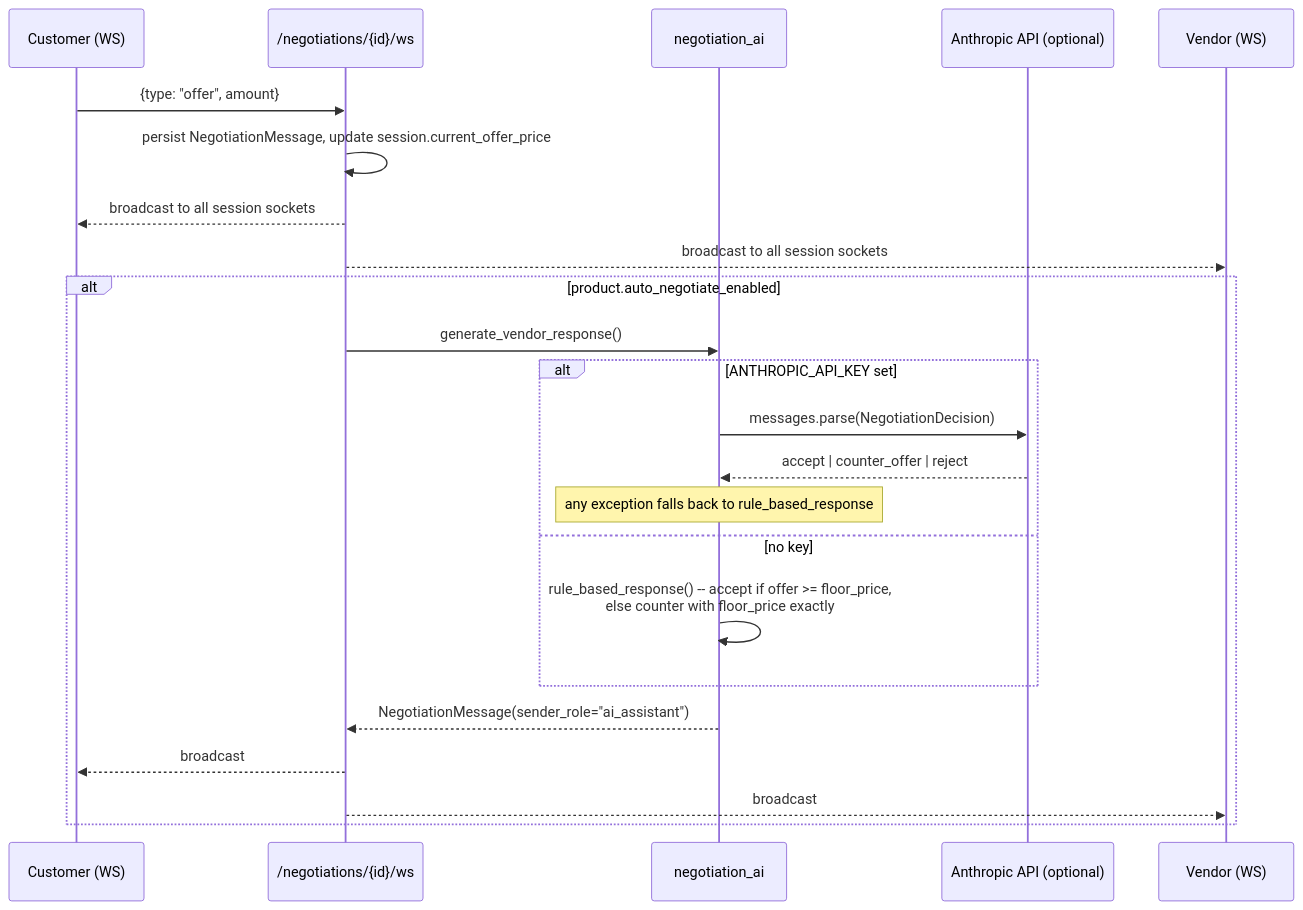
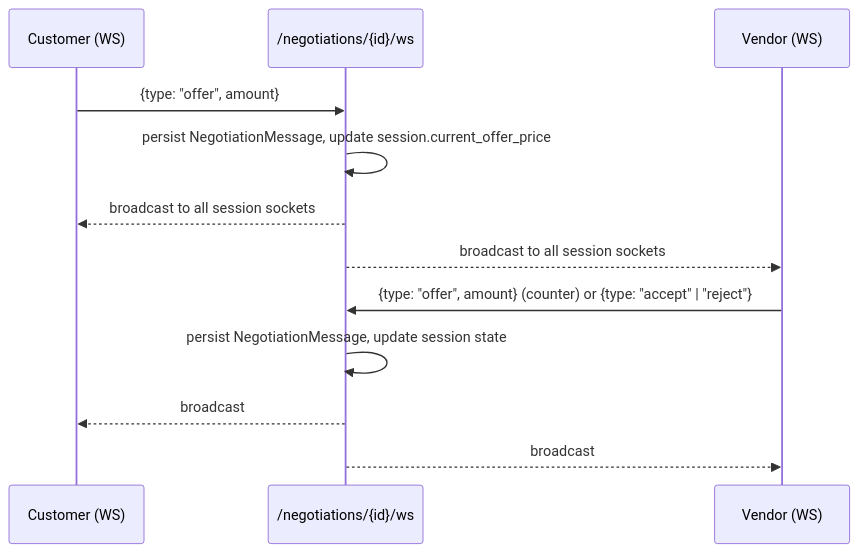
Before and after one commit to Dracula-5/AI-TICKETING-SYSTEM: the third of 5 diagrams in docs/LLD.md, drawn with Mermaid. The commit also changed other lines of this file and 19 other files, not shown here.

````diff
--- a/docs/LLD.md
+++ b/docs/LLD.md
@@ -257,26 +255,15 @@
 ```mermaid
 sequenceDiagram
     participant Cu as Customer (WS)
     participant WS as /negotiations/{id}/ws
-    participant Eng as negotiation_ai
-    participant LLM as Anthropic API (optional)
     participant Ve as Vendor (WS)
 
     Cu->>WS: {type: "offer", amount}
     WS->>WS: persist NegotiationMessage, update session.current_offer_price
     WS-->>Cu: broadcast to all session sockets
     WS-->>Ve: broadcast to all session sockets
-    alt product.auto_negotiate_enabled
-        WS->>Eng: generate_vendor_response()
-        alt ANTHROPIC_API_KEY set
-            Eng->>LLM: messages.parse(NegotiationDecision)
-            LLM-->>Eng: accept | counter_offer | reject
-            Note over Eng: any exception falls back to rule_based_response
-        else no key
-            Eng->>Eng: rule_based_response() -- accept if offer >= floor_price,<br/>else counter with floor_price exactly
-        end
-        Eng-->>WS: NegotiationMessage(sender_role="ai_assistant")
-        WS-->>Cu: broadcast
-        WS-->>Ve: broadcast
-    end
+    Ve->>WS: {type: "offer", amount} (counter) or {type: "accept" | "reject"}
+    WS->>WS: persist NegotiationMessage, update session state
+    WS-->>Cu: broadcast
+    WS-->>Ve: broadcast
 ```
````
